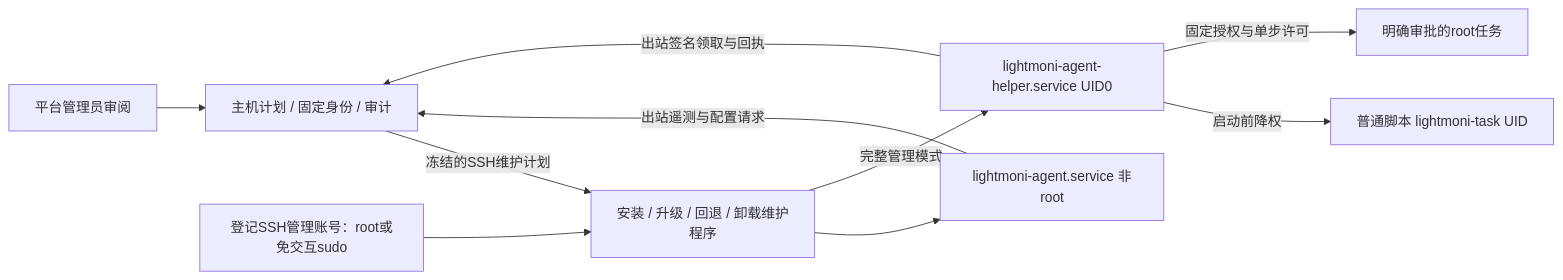
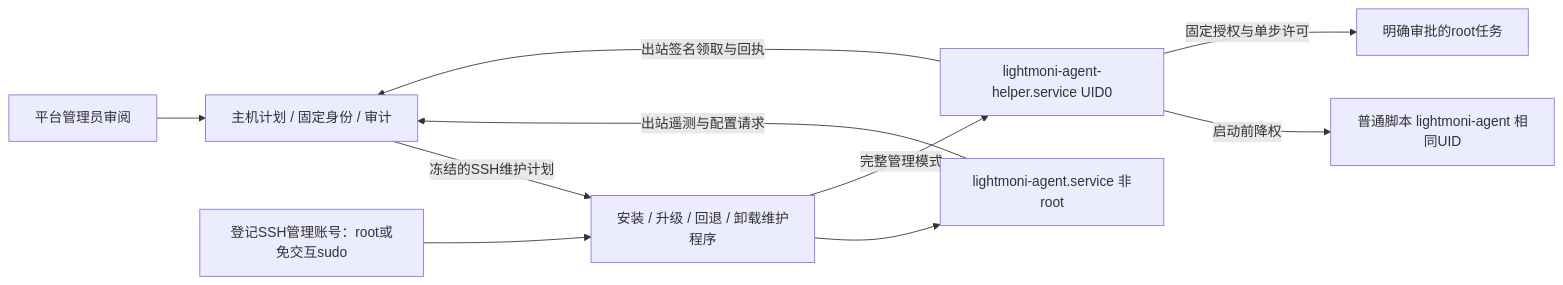
Diagram 41 of 42 in docs/system-design.md (workhold/lightmoni), drawn with Mermaid before and after one commit. The commit also changed other lines of this file and 75 other files, not shown here.

````diff
--- a/docs/system-design.md
+++ b/docs/system-design.md
@@ -2166,12 +2166,12 @@
 ```mermaid
 flowchart LR
   Admin[平台管理员审阅] --> Center[主机计划 / 固定身份 / 审计]
   Center -->|冻结的SSH维护计划| Lifecycle[安装 / 升级 / 回退 / 卸载维护程序]
   SSH[登记SSH管理账号：root或免交互sudo] --> Lifecycle
   Lifecycle --> Agent[lightmoni-agent.service 非root]
   Lifecycle -->|完整管理模式| Helper[lightmoni-agent-helper.service UID0]
   Agent -->|出站遥测与配置请求| Center
   Helper -->|出站签名领取与回执| Center
-  Helper -->|启动前降权| Task[普通脚本 lightmoni-task UID]
+  Helper -->|启动前降权| Task[普通脚本 lightmoni-agent 相同UID]
   Helper -->|固定授权与单步许可| Elevated[明确审批的root任务]
 ```
````
